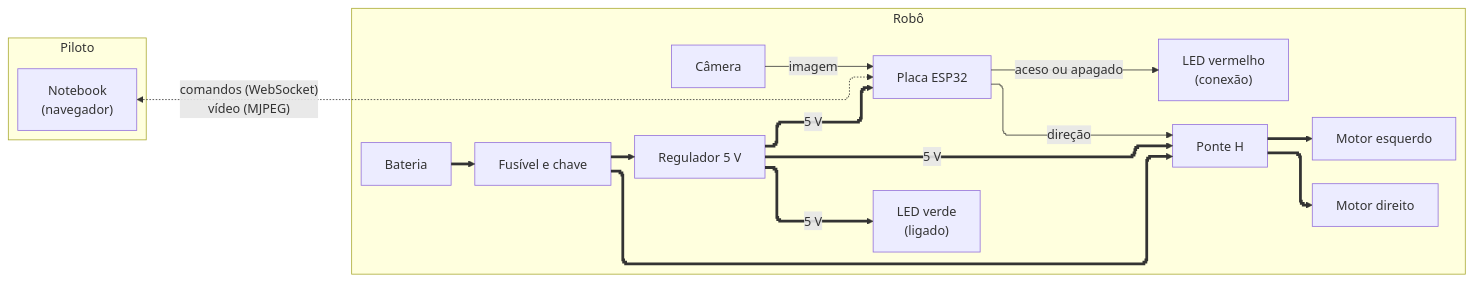
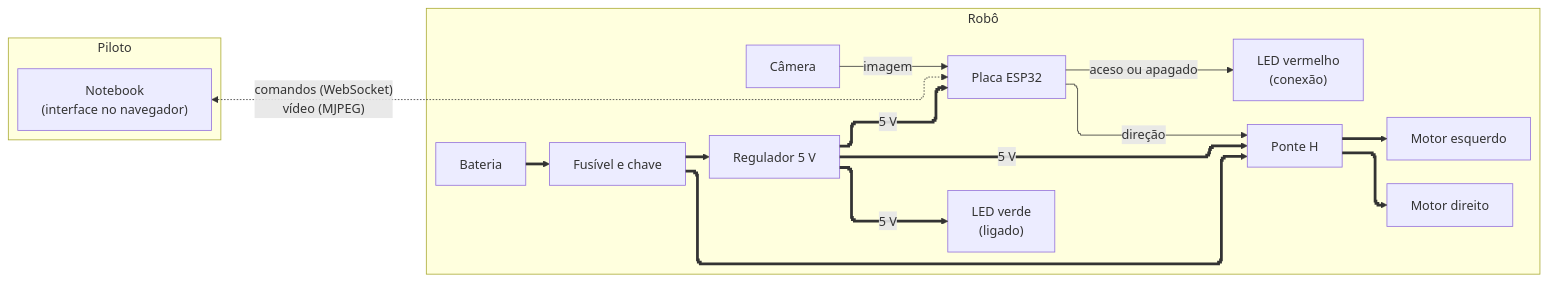
One commit to PS-TITANS-G5/Balloone changed the diagram in docs/arquitetura.md. Above: the diagram before and after it, drawn with Mermaid.

Commit message:
docs: cita a interface no diagrama

````diff
--- a/docs/arquitetura.md
+++ b/docs/arquitetura.md
@@ -7,40 +7,40 @@
 ```mermaid
 ---
 config:
   layout: elk
   flowchart:
     curve: step
 ---
 flowchart LR
   subgraph piloto["Piloto"]
-    NB["Notebook<br>(navegador)"]
+    NB["Notebook<br>(interface no navegador)"]
   end
 
   subgraph robo["Robô"]
     BAT["Bateria"]
     CHV["Fusível e chave"]
     REG["Regulador 5 V"]
     CAM["Câmera"]
     ESP["Placa ESP32"]
     PH["Ponte H"]
     ME["Motor esquerdo"]
     MD["Motor direito"]
     LV["LED verde<br>(ligado)"]
     LR["LED vermelho<br>(conexão)"]
   end
 
   BAT ==> CHV
   CHV ==> REG
   CHV ==> PH
   REG ==>|"5 V"| ESP
   REG ==>|"5 V"| PH
   REG ==>|"5 V"| LV
   PH ==> ME
   PH ==> MD
 
   CAM -->|"imagem"| ESP
   ESP -->|"direção"| PH
   ESP -->|"aceso ou apagado"| LR
 
   NB <-.->|"comandos (WebSocket)<br>vídeo (MJPEG)"| ESP
 ```
````
